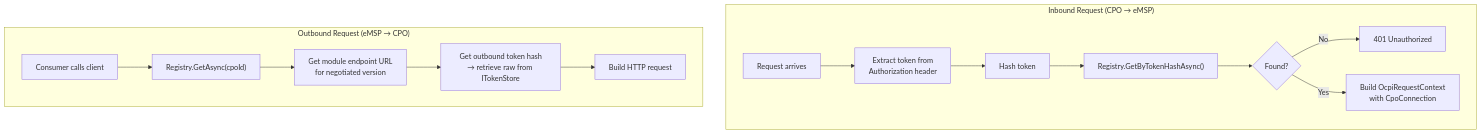
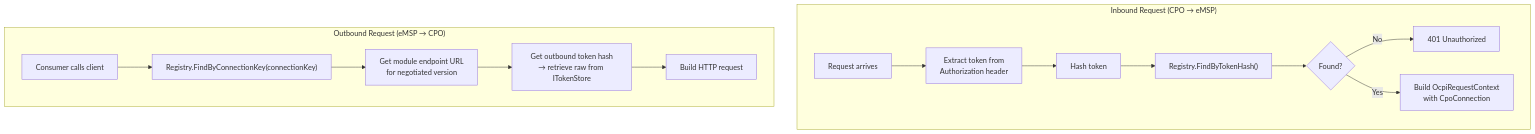
One commit to hannan-m/DotOcpi changed diagram 25 of 34 in docs/architecture.md. Above: the diagram before and after it, drawn with Mermaid. The commit also changed other lines of this file, not shown here.

First line of the commit message:
fix architecture.md to match actual implementation

````diff
--- a/docs/architecture.md
+++ b/docs/architecture.md
@@ -965,18 +976,18 @@
 ```mermaid
 graph TD
     subgraph "Inbound Request (CPO → eMSP)"
         IR[Request arrives] --> ExtractToken[Extract token from<br/>Authorization header]
         ExtractToken --> HashToken[Hash token]
-        HashToken --> LookupToken["Registry.GetByTokenHashAsync()"]
+        HashToken --> LookupToken["Registry.FindByTokenHash()"]
         LookupToken --> Found{Found?}
         Found -->|No| Reject[401 Unauthorized]
         Found -->|Yes| Context[Build OcpiRequestContext<br/>with CpoConnection]
     end
 
     subgraph "Outbound Request (eMSP → CPO)"
-        OR[Consumer calls client] --> LookupCpo["Registry.GetAsync(cpoId)"]
+        OR[Consumer calls client] --> LookupCpo["Registry.FindByConnectionKey(connectionKey)"]
         LookupCpo --> GetEndpoint[Get module endpoint URL<br/>for negotiated version]
         GetEndpoint --> GetToken[Get outbound token hash<br/>→ retrieve raw from ITokenStore]
         GetToken --> BuildReq[Build HTTP request]
     end
 ```
````
